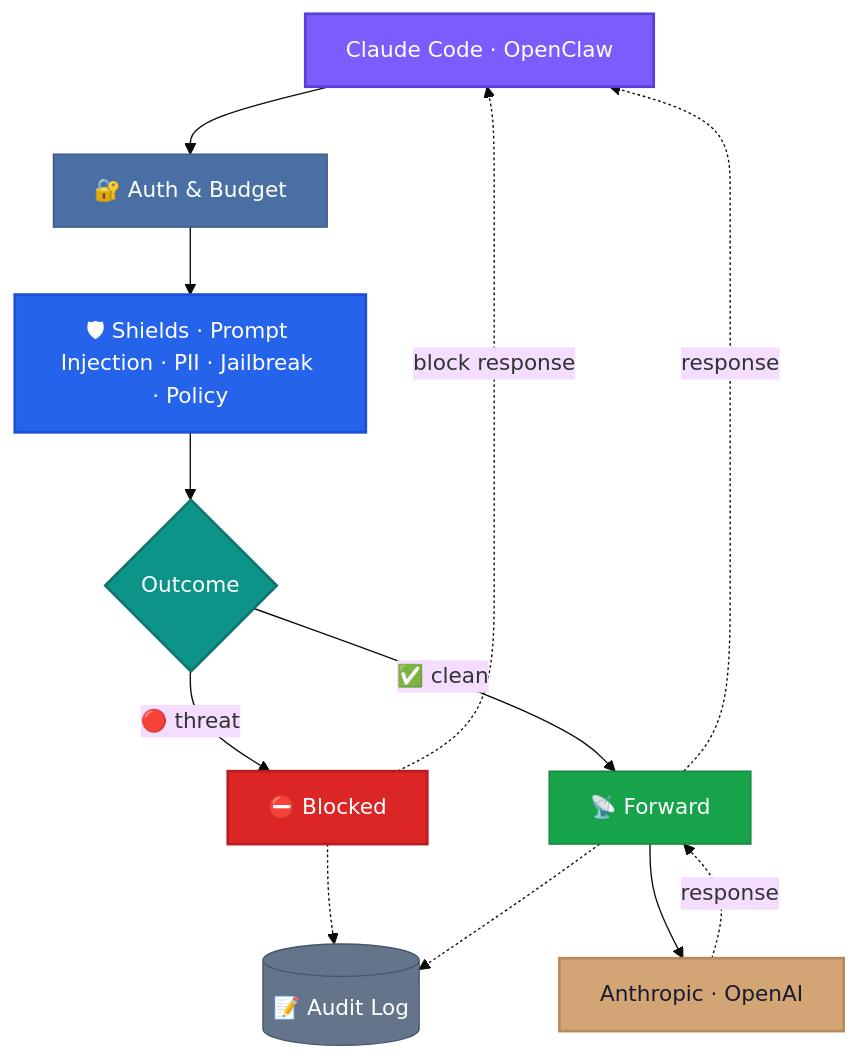
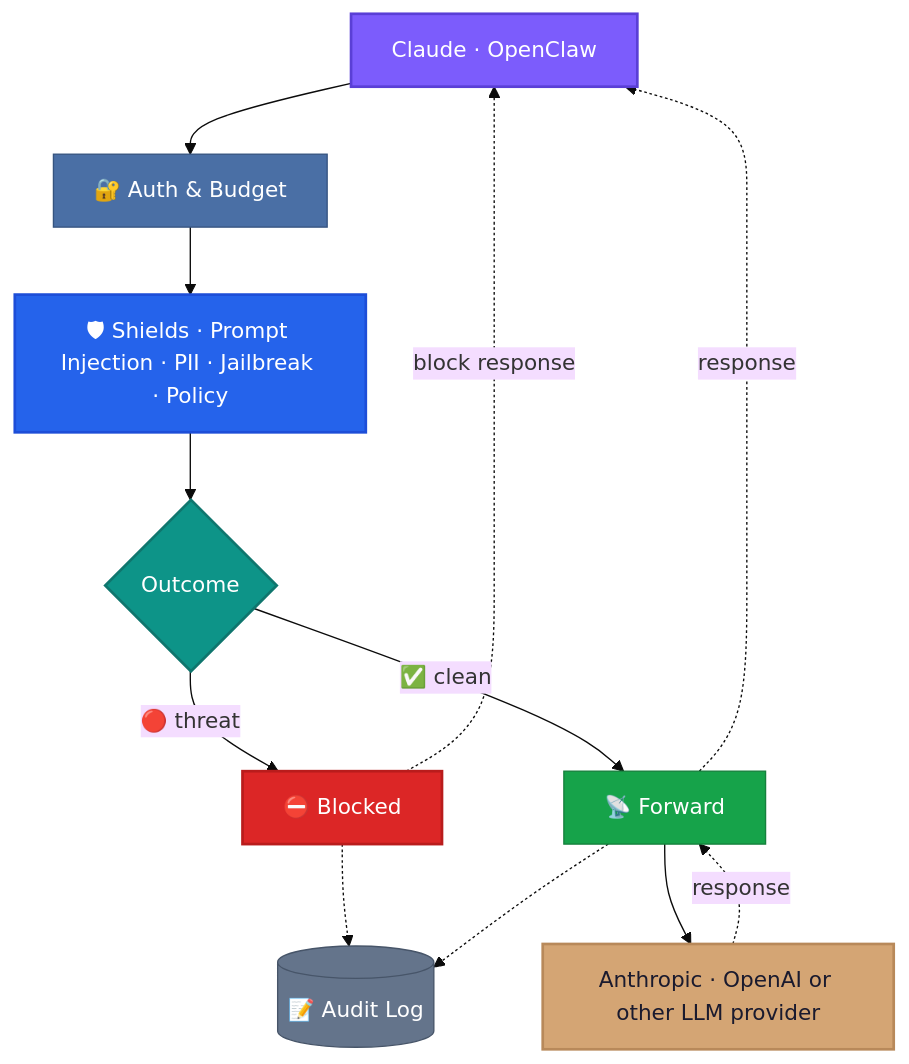
One commit to aibuildspace/aiguard changed the diagram in README.md. Above: the diagram before and after it, drawn with Mermaid (base theme). The commit also changed 8 other files, not shown here.

````diff
--- a/README.md
+++ b/README.md
@@ -72,33 +72,33 @@
 ```mermaid
 graph TB
-    CLIENT["Claude Code · OpenClaw"]
+    CLIENT["Claude · OpenClaw"]
     AUTH["🔐 Auth & Budget"]
     SHIELDS["🛡 Shields · Prompt Injection · PII · Jailbreak · Policy"]
     DECISION{"Outcome"}
     BLOCK["⛔ Blocked"]
     FWD["📡 Forward"]
-    LLM["Anthropic · OpenAI"]
+    LLM["Anthropic · OpenAI or other LLM provider"]
     AUDIT[("📝 Audit Log")]
 
     CLIENT --> AUTH --> SHIELDS --> DECISION
 
     DECISION -- "🔴 threat" --> BLOCK
     DECISION -- "✅ clean" --> FWD
 
     BLOCK -. "block response" .-> CLIENT
     BLOCK -.-> AUDIT
 
     FWD --> LLM
     LLM -. "response" .-> FWD
     FWD -. "response" .-> CLIENT
     FWD -.-> AUDIT
 
     style CLIENT fill:#7c5cfc,stroke:#5a3fd6,color:#fff,stroke-width:2px
     style AUTH fill:#4a6fa5,stroke:#365480,color:#fff,stroke-width:1px
     style SHIELDS fill:#2563eb,stroke:#1d4ed8,color:#fff,stroke-width:2px
     style DECISION fill:#0d9488,stroke:#0f766e,color:#fff,stroke-width:2px
     style FWD fill:#16a34a,stroke:#15803d,color:#fff,stroke-width:1px
     style AUDIT fill:#64748b,stroke:#475569,color:#fff,stroke-width:1px
     style BLOCK fill:#dc2626,stroke:#b91c1c,color:#fff,stroke-width:2px
     style LLM fill:#d4a574,stroke:#b8895a,color:#1a1a2e,stroke-width:2px
 ```
````
